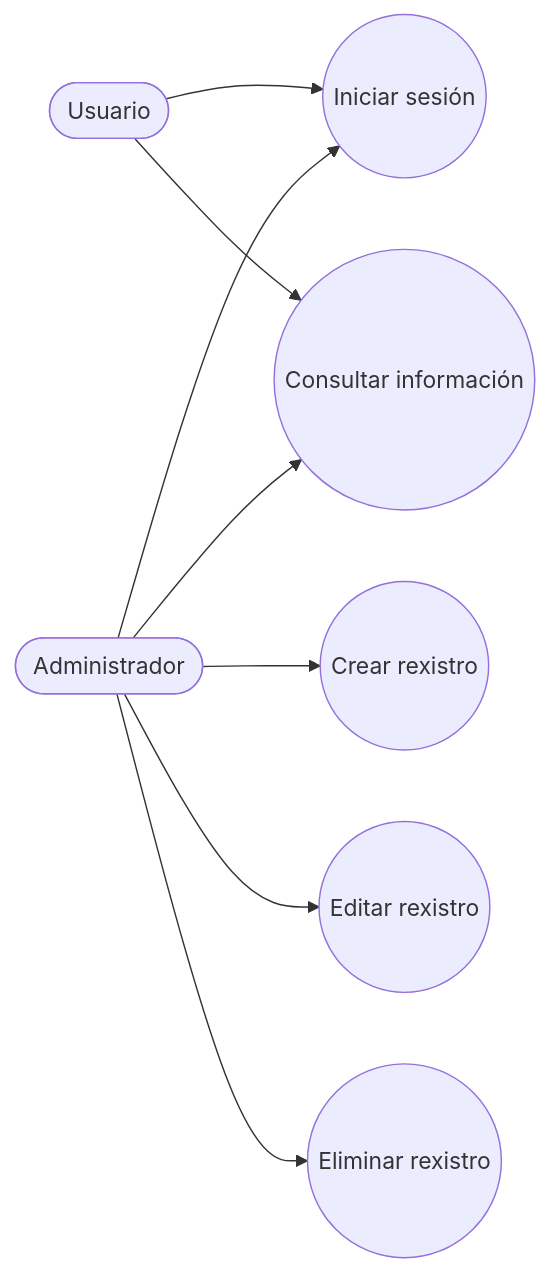
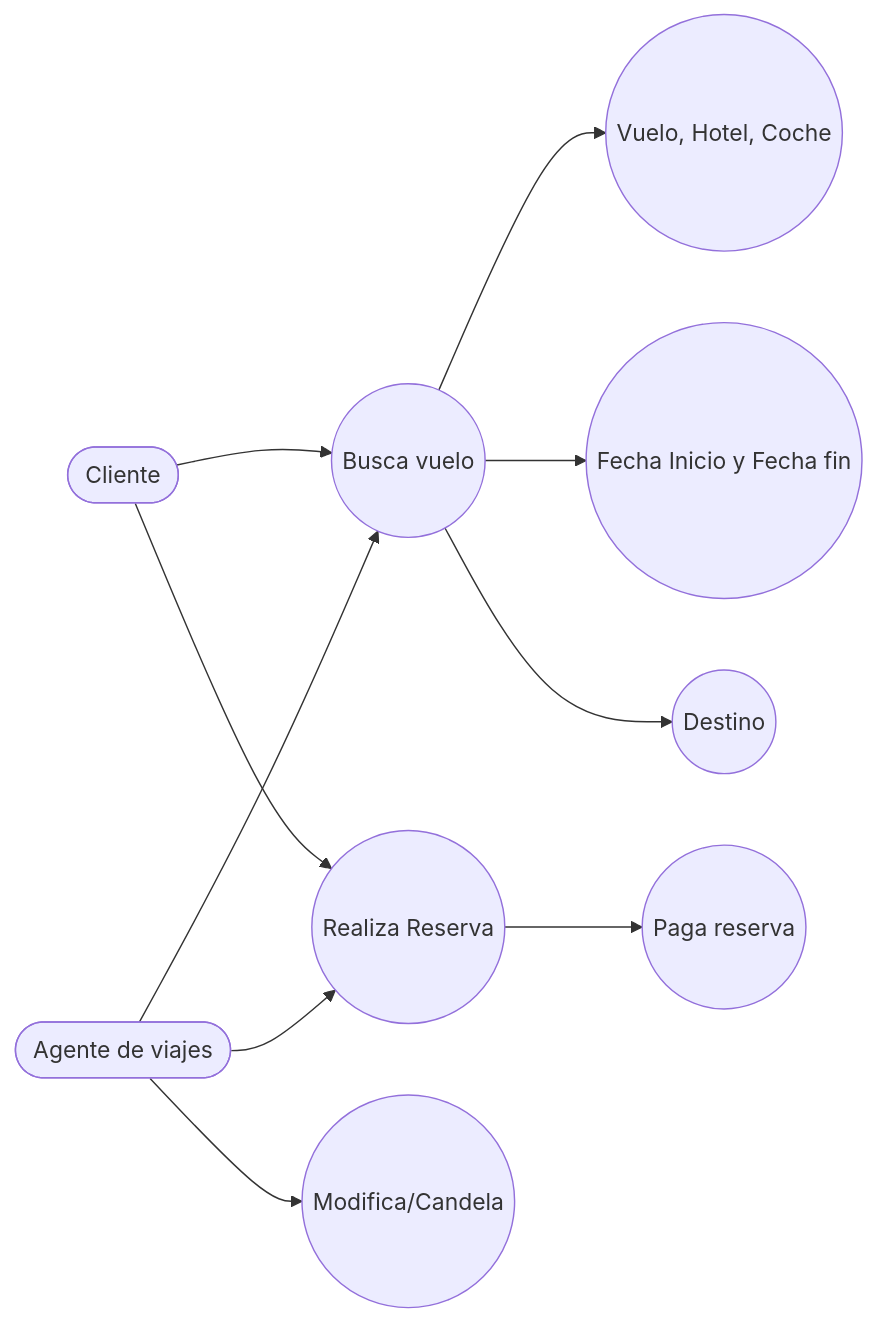
One commit to Aarondomin/CD2025DAW changed the diagram in UD3/ejer2/casos_de_uso.md. Above: the diagram before and after it, drawn with Mermaid. The commit also changed 1 other file, not shown here.

Commit message:
ejercicio3

````diff
--- a/UD3/ejer2/casos_de_uso.md
+++ b/UD3/ejer2/casos_de_uso.md
@@ -8,20 +8,29 @@
 ```mermaid
 flowchart LR
-    actorUsuario([Usuario])
-    actorAdmin([Administrador])
+    actorUsuario([Cliente])
+    actorAgente([Agente de viajes])
 
-    casoLogin((Iniciar sesión))
-    casoConsultar((Consultar información))
-    casoCrear((Crear rexistro))
-    casoEditar((Editar rexistro))
-    casoEliminar((Eliminar rexistro))
 
-    actorUsuario --> casoLogin
-    actorUsuario --> casoConsultar
+    casoBusca((Busca vuelo))
+    casoReserva((Realiza Reserva))
+    casoPaga((Paga reserva))
+    casoGestiona((Modifica/Candela))
+    casoServicio((Vuelo, Hotel, Coche))
+    casoFecha((Fecha Inicio y Fecha fin))
+    casoDestino((Destino))
 
-    actorAdmin --> casoLogin
-    actorAdmin --> casoConsultar
-    actorAdmin --> casoCrear
-    actorAdmin --> casoEditar
-    actorAdmin --> casoEliminar
+
+    actorUsuario --> casoBusca
+    actorUsuario --> casoReserva
+    actorAgente --> casoBusca
+    actorAgente --> casoReserva
+    actorAgente --> casoGestiona
+    
+
+    casoReserva--<include>-->casoPaga
+    casoBusca--<include>-->casoServicio
+    casoBusca--<include>-->casoFecha
+    casoBusca--<include>-->casoDestino
+
+
 ``` 
````
